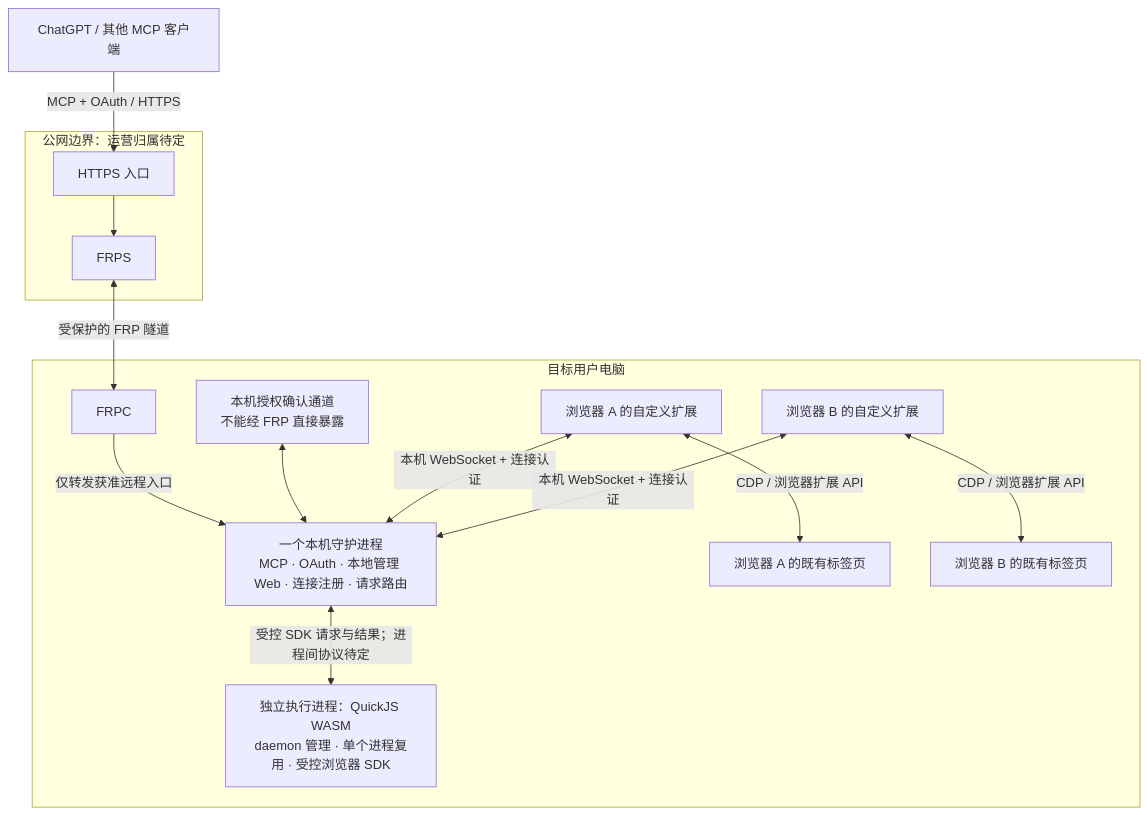
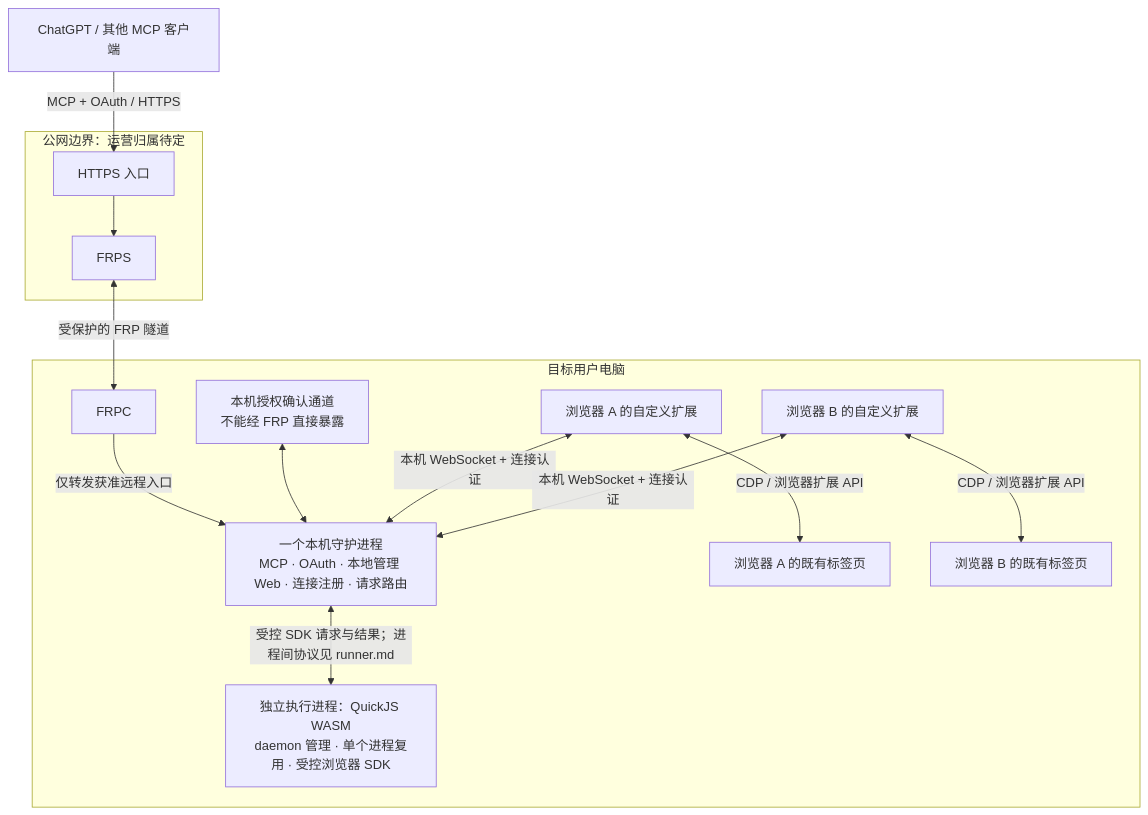
Before and after one commit to bYiyLi/Avru: the diagram in docs/design/architecture.md, drawn with Mermaid. The commit also changed 68 other files, not shown here.

````diff
--- a/docs/design/architecture.md
+++ b/docs/design/architecture.md
@@ -7,28 +7,28 @@
 ```mermaid
 flowchart TB
     AI["ChatGPT / 其他 MCP 客户端"]
     subgraph Public["公网边界：运营归属待定"]
         Entry["HTTPS 入口"]
         FRPS["FRPS"]
     end
     subgraph PC["目标用户电脑"]
         FRPC["FRPC"]
         Daemon["一个本机守护进程<br/>MCP · OAuth · 本地管理 Web · 连接注册 · 请求路由"]
         Runner["独立执行进程：QuickJS WASM<br/>daemon 管理 · 单个进程复用 · 受控浏览器 SDK"]
         LocalAuth["本机授权确认通道<br/>不能经 FRP 直接暴露"]
         ExtA["浏览器 A 的自定义扩展"]
         ExtB["浏览器 B 的自定义扩展"]
         TabsA["浏览器 A 的既有标签页"]
         TabsB["浏览器 B 的既有标签页"]
     end
     AI -->|"MCP + OAuth / HTTPS"| Entry
     Entry --> FRPS
     FRPS <-->|"受保护的 FRP 隧道"| FRPC
     FRPC -->|"仅转发获准远程入口"| Daemon
     LocalAuth <--> Daemon
-    Daemon <-->|"受控 SDK 请求与结果；进程间协议待定"| Runner
+    Daemon <-->|"受控 SDK 请求与结果；进程间协议见 runner.md"| Runner
     ExtA <-->|"本机 WebSocket + 连接认证"| Daemon
     ExtB <-->|"本机 WebSocket + 连接认证"| Daemon
     ExtA <-->|"CDP / 浏览器扩展 API"| TabsA
     ExtB <-->|"CDP / 浏览器扩展 API"| TabsB
 ```
````
